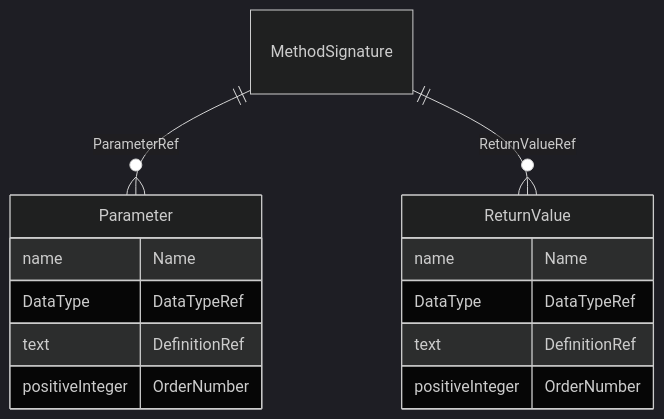
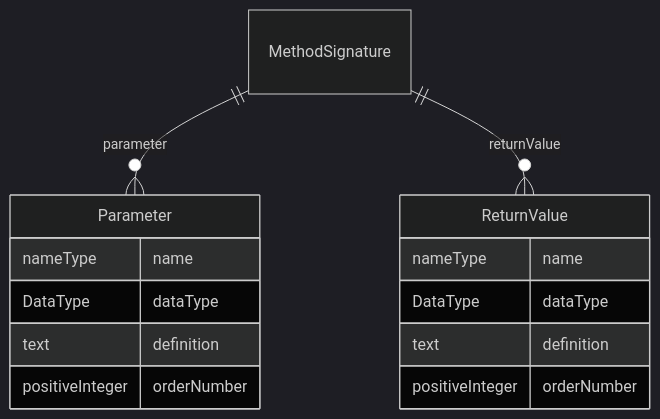
The diagram in docs/MethodSignature.md (cdisc-org/DataExchange-ODM-LinkML), drawn with Mermaid (dark theme) before and after one commit. The commit also changed other lines of this file and 759 other files, not shown here.

````diff
--- a/docs/MethodSignature.md
+++ b/docs/MethodSignature.md
@@ -11,22 +11,22 @@
 ```mermaid
 erDiagram
 MethodSignature {
 
 }
 ReturnValue {
-    name Name  
-    DataType DataTypeRef  
-    text DefinitionRef  
-    positiveInteger OrderNumber  
+    nameType name  
+    DataType dataType  
+    text definition  
+    positiveInteger orderNumber  
 }
 Parameter {
-    name Name  
-    DataType DataTypeRef  
-    text DefinitionRef  
-    positiveInteger OrderNumber  
+    nameType name  
+    DataType dataType  
+    text definition  
+    positiveInteger orderNumber  
 }
 
-MethodSignature ||--}o Parameter : "ParameterRef"
-MethodSignature ||--}o ReturnValue : "ReturnValueRef"
+MethodSignature ||--}o Parameter : "parameter"
+MethodSignature ||--}o ReturnValue : "returnValue"
 
 ```
````
